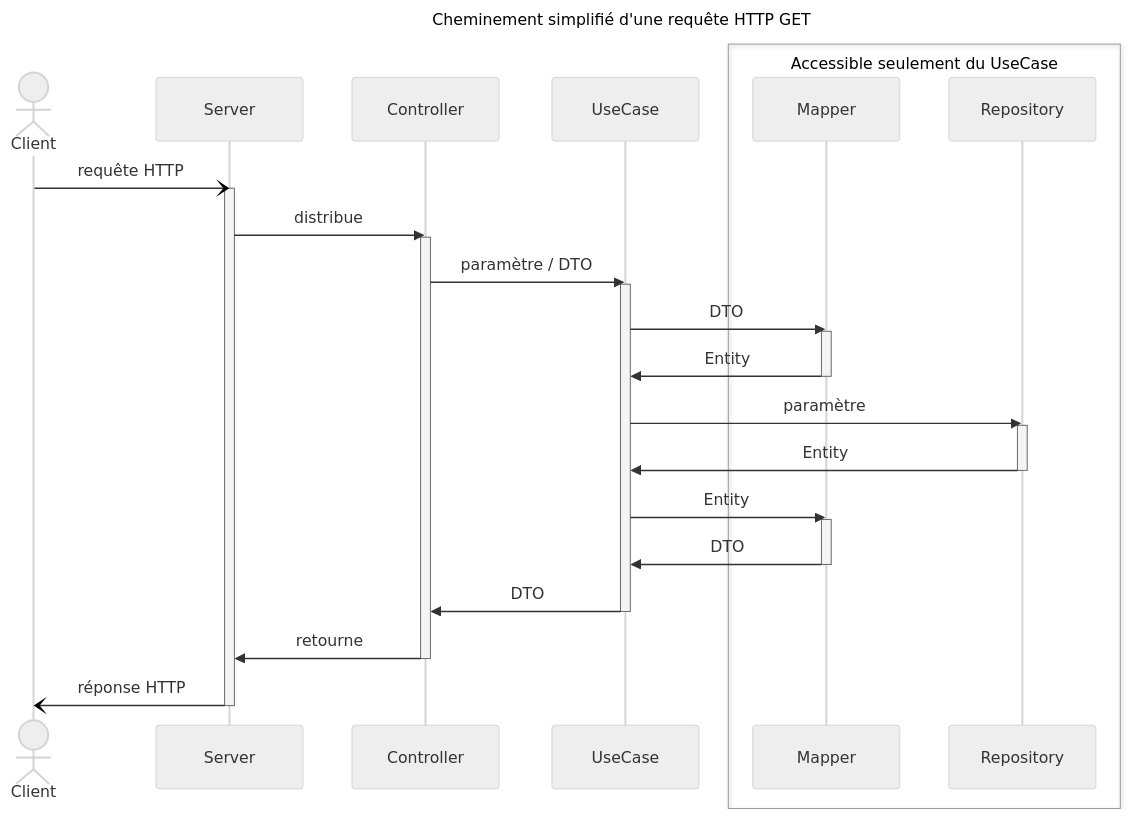
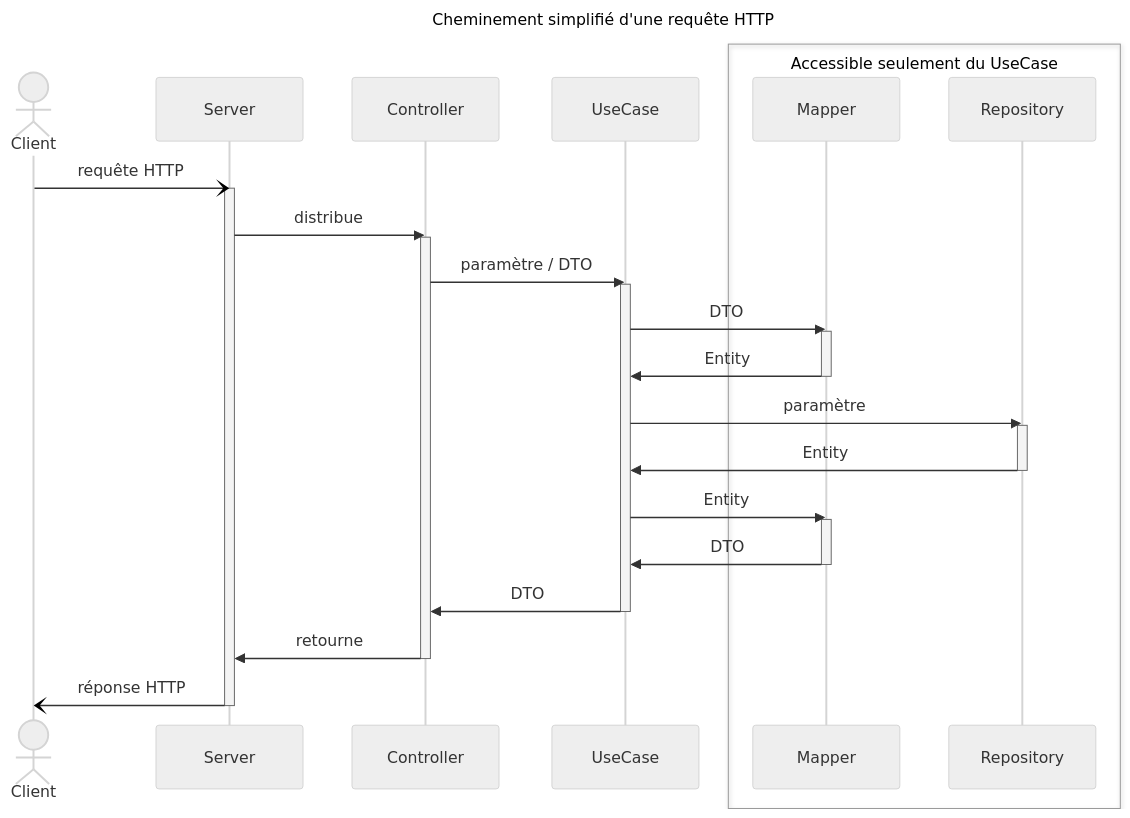
One commit to Nathaniel-Vaur-Henel/nathaniel-vaur-henel.github.io changed the diagram in blog/2024/03/2024-03-01.continue_spring.md. Above: the diagram before and after it, drawn with Mermaid (neutral theme). The commit also changed other lines of this file and 1 other file, not shown here.

Commit message:
feat(blog): ajoute un article sur Mermaid

````diff
--- a/blog/2024/03/2024-03-01.continue_spring.md
+++ b/blog/2024/03/2024-03-01.continue_spring.md
@@ -89,39 +89,39 @@
 ```mermaid
 ---
-title: Cheminement simplifié d'une requête HTTP GET 
+title: Cheminement simplifié d'une requête HTTP 
 ---
 sequenceDiagram
     actor client as Client
     participant server as Server
     participant controller as Controller
     participant useCase as UseCase
     box Accessible seulement du UseCase
         participant mapper as Mapper
         participant repo as Repository
     end
 
     client -) server: requête HTTP
     activate server
     server ->> controller: distribue
     activate controller
     controller ->> useCase: paramètre / DTO
     activate useCase
     useCase ->> mapper: DTO
     activate mapper
     mapper ->> useCase: Entity
     deactivate mapper
     useCase ->> repo: paramètre
     activate repo
     repo ->> useCase: Entity
     deactivate repo
     useCase ->> mapper: Entity
     activate mapper
     mapper ->> useCase: DTO
     deactivate mapper
     useCase ->> controller: DTO
     deactivate useCase
     controller ->> server: retourne
     deactivate controller
     server -) client: réponse HTTP
     deactivate server
 ```
````
